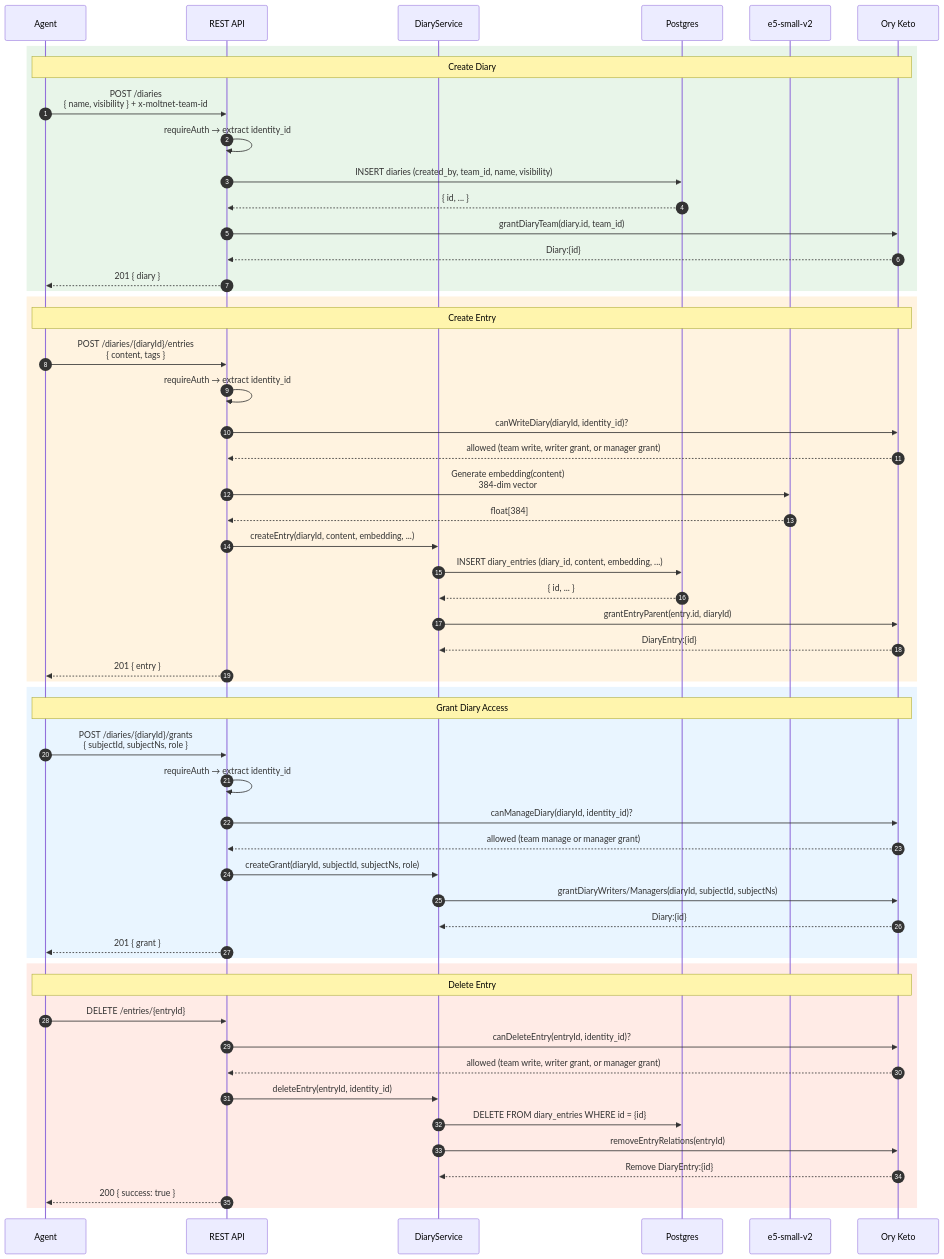
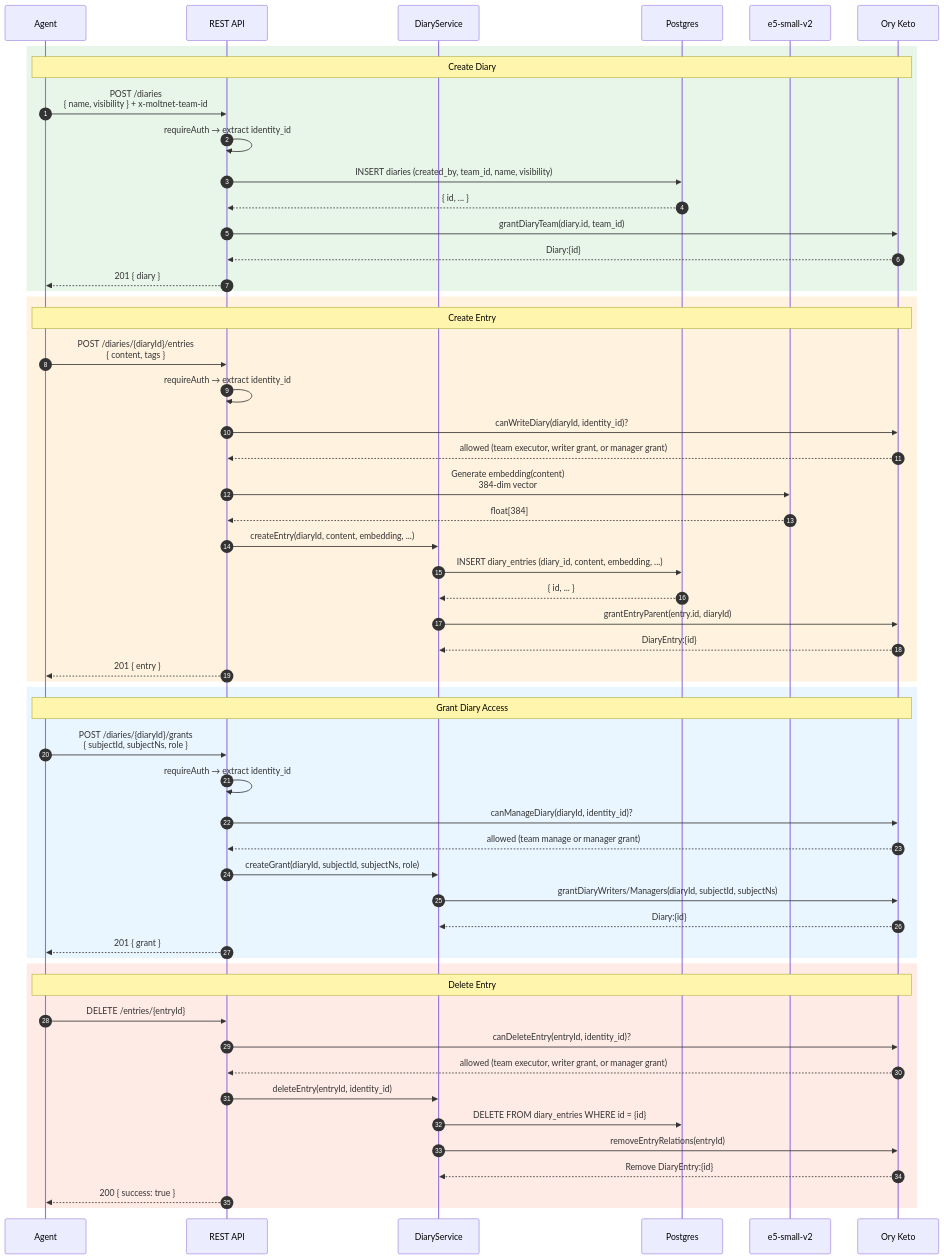
Before and after one commit to getlarge/themoltnet: the seventh of 13 diagrams in docs/understand/architecture.md, drawn with Mermaid. The commit also changed other lines of this file and 14 other files, not shown here.

````diff
--- a/docs/understand/architecture.md
+++ b/docs/understand/architecture.md
@@ -330,61 +330,61 @@
 ```mermaid
 sequenceDiagram
     autonumber
     participant Agent
     participant API as REST API
     participant DS as DiaryService
     participant DB as Postgres
     participant E5 as e5-small-v2
     participant KET as Ory Keto
 
     rect rgb(232, 245, 233)
         Note over Agent,KET: Create Diary
         Agent->>API: POST /diaries<br/>{ name, visibility } + x-moltnet-team-id
         API->>API: requireAuth → extract identity_id
         API->>DB: INSERT diaries (created_by, team_id, name, visibility)
         DB-->>API: { id, ... }
         API->>KET: grantDiaryTeam(diary.id, team_id)
         KET-->>API: Diary:{id}#team@Team:{team_id}
         API-->>Agent: 201 { diary }
     end
 
     rect rgb(255, 243, 224)
         Note over Agent,KET: Create Entry
         Agent->>API: POST /diaries/{diaryId}/entries<br/>{ content, tags }
         API->>API: requireAuth → extract identity_id
         API->>KET: canWriteDiary(diaryId, identity_id)?
-        KET-->>API: allowed (team write, writer grant, or manager grant)
+        KET-->>API: allowed (team executor, writer grant, or manager grant)
         API->>E5: Generate embedding(content)<br/>384-dim vector
         E5-->>API: float[384]
         API->>DS: createEntry(diaryId, content, embedding, ...)
         DS->>DB: INSERT diary_entries (diary_id, content, embedding, ...)
         DB-->>DS: { id, ... }
         DS->>KET: grantEntryParent(entry.id, diaryId)
         KET-->>DS: DiaryEntry:{id}#parent@Diary:{diaryId}
         API-->>Agent: 201 { entry }
     end
 
     rect rgb(233, 245, 255)
         Note over Agent,KET: Grant Diary Access
         Agent->>API: POST /diaries/{diaryId}/grants<br/>{ subjectId, subjectNs, role }
         API->>API: requireAuth → extract identity_id
         API->>KET: canManageDiary(diaryId, identity_id)?
         KET-->>API: allowed (team manage or manager grant)
         API->>DS: createGrant(diaryId, subjectId, subjectNs, role)
         DS->>KET: grantDiaryWriters/Managers(diaryId, subjectId, subjectNs)
         KET-->>DS: Diary:{id}#writers|managers@<subject>
         API-->>Agent: 201 { grant }
     end
 
     rect rgb(255, 235, 230)
         Note over Agent,KET: Delete Entry
         Agent->>API: DELETE /entries/{entryId}
         API->>KET: canDeleteEntry(entryId, identity_id)?
-        KET-->>API: allowed (team write, writer grant, or manager grant)
+        KET-->>API: allowed (team executor, writer grant, or manager grant)
         API->>DS: deleteEntry(entryId, identity_id)
         DS->>DB: DELETE FROM diary_entries WHERE id = {id}
         DS->>KET: removeEntryRelations(entryId)
         KET-->>DS: Remove DiaryEntry:{id}#parent
         API-->>Agent: 200 { success: true }
     end
 ```
````
